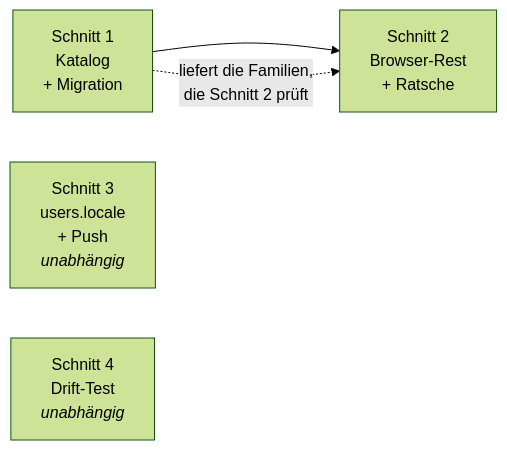
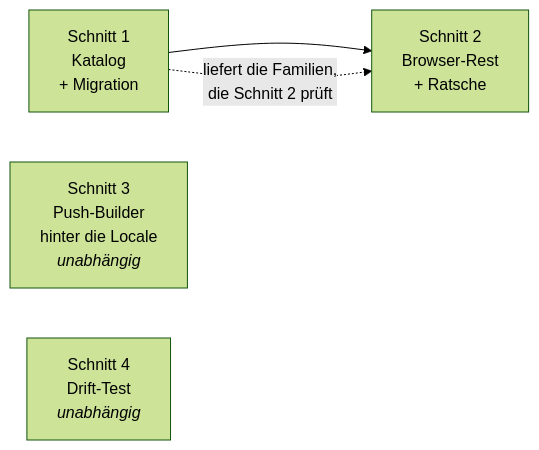
One commit to jp1337/momo changed the third of 3 diagrams in docs-tech/i18n-versprechen/design.md. Above: the diagram before and after it, drawn with Mermaid (forest theme). The commit also changed other lines of this file, not shown here.

First line of the commit message:
docs(docs): Spec-Korrektur — users.locale wird geschrieben UND gelesen (#117)

````diff
--- a/docs-tech/i18n-versprechen/design.md
+++ b/docs-tech/i18n-versprechen/design.md
@@ -212,7 +256,7 @@
 ```mermaid
 flowchart LR
     S1["Schnitt 1<br/>Katalog<br/>+ Migration"] --> S2["Schnitt 2<br/>Browser-Rest<br/>+ Ratsche"]
-    S3["Schnitt 3<br/>users.locale<br/>+ Push<br/><i>unabhängig</i>"]
+    S3["Schnitt 3<br/>Push-Builder<br/>hinter die Locale<br/><i>unabhängig</i>"]
     S4["Schnitt 4<br/>Drift-Test<br/><i>unabhängig</i>"]
     S1 -.->|"liefert die Familien,<br/>die Schnitt 2 prüft"| S2
 ```
````
